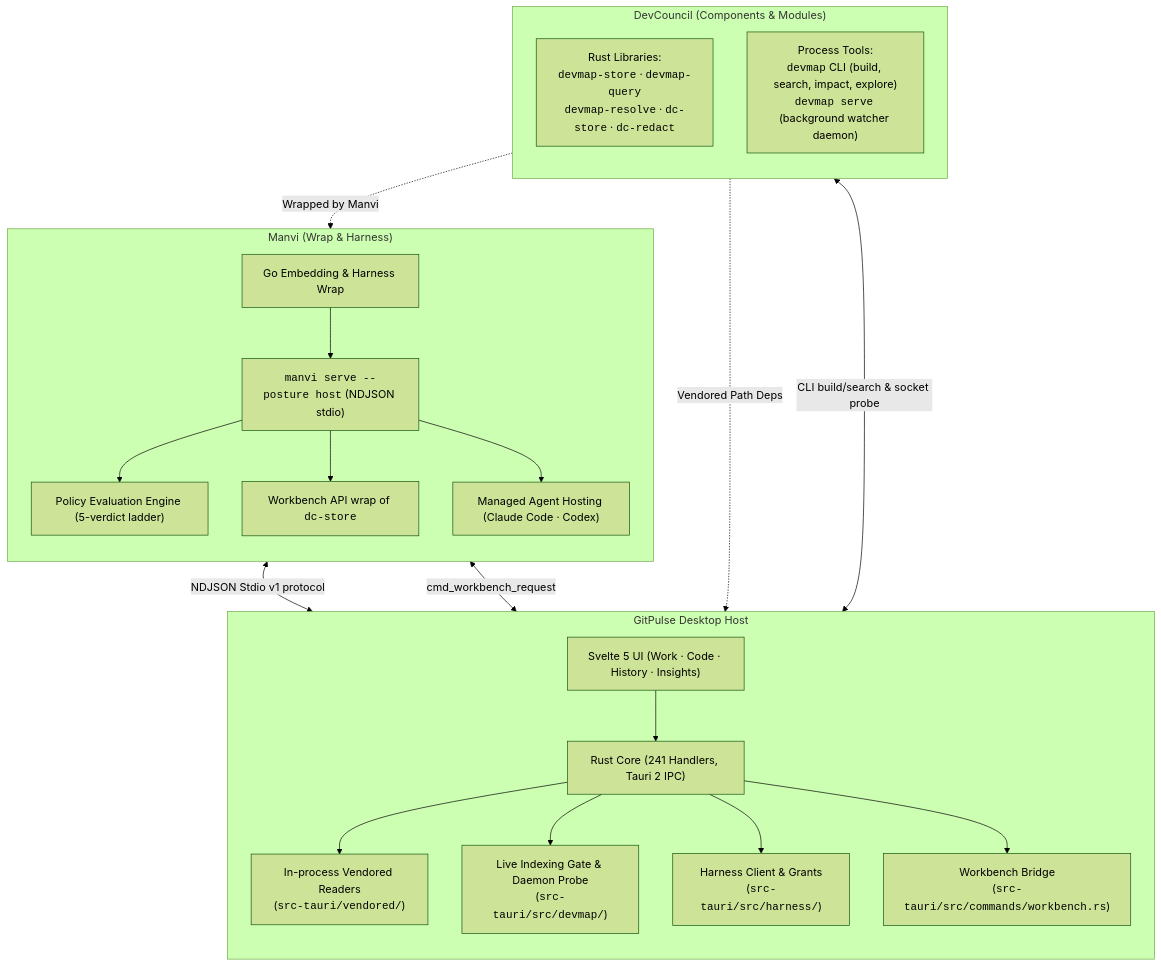
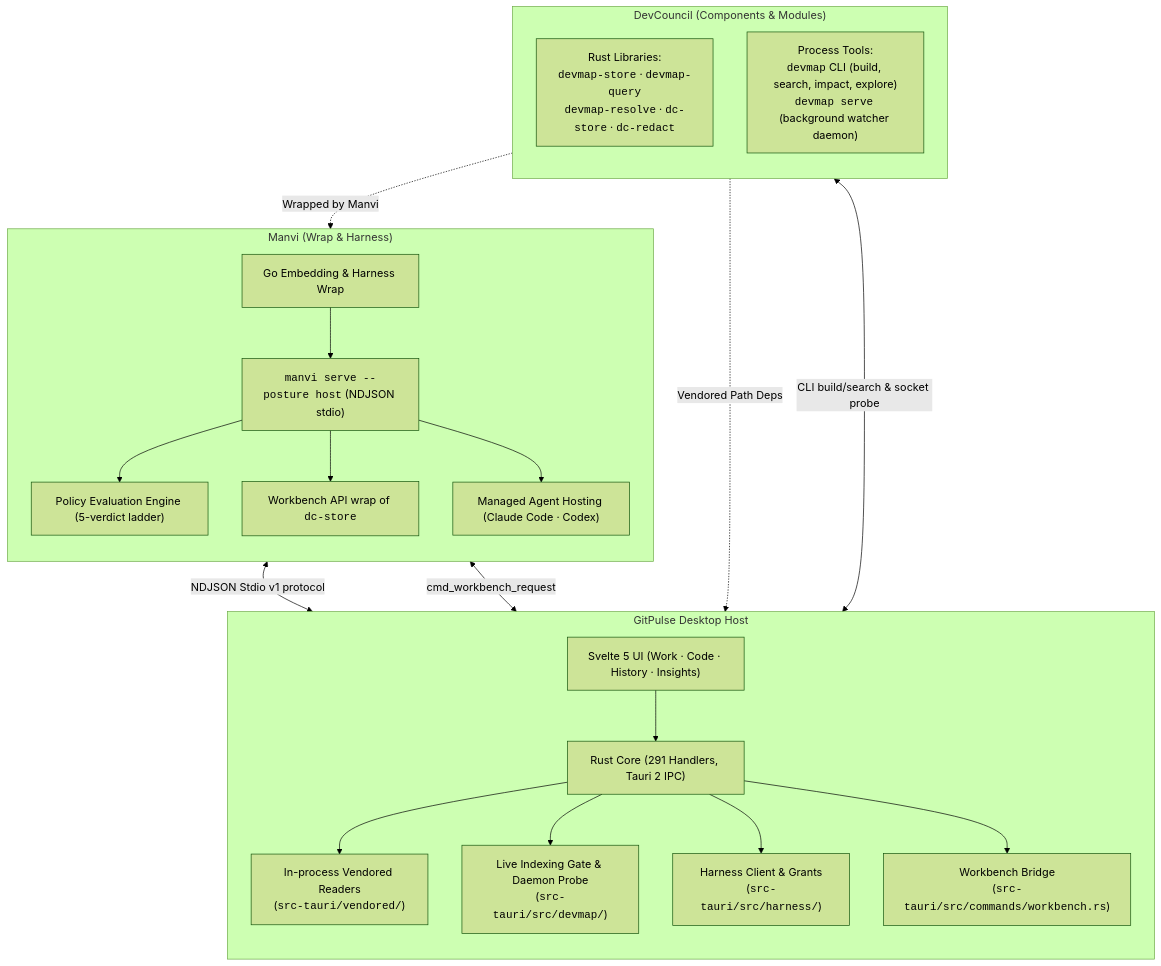
The first of 3 diagrams in docs/MODULE_INTEGRATION.md (bharathvbcr/GitPulse), drawn with Mermaid (forest theme) before and after one commit. The commit also changed 13 other files, not shown here.

First line of the commit message:
docs: the MCP server writes the task board; counts, schemas and binaries re-read

````diff
--- a/docs/MODULE_INTEGRATION.md
+++ b/docs/MODULE_INTEGRATION.md
@@ -32,43 +32,43 @@
 ```mermaid
 flowchart TD
     subgraph DevCouncil["DevCouncil (Components & Modules)"]
         direction TB
         DCLibs["Rust Libraries:<br/><code>devmap-store</code> · <code>devmap-query</code><br/><code>devmap-resolve</code> · <code>dc-store</code> · <code>dc-redact</code>"]
         DCCLI["Process Tools:<br/><code>devmap</code> CLI (build, search, impact, explore)<br/><code>devmap serve</code> (background watcher daemon)"]
     end
 
     subgraph Manvi["Manvi (Wrap & Harness)"]
         direction TB
         ManviWrap["Go Embedding & Harness Wrap"]
         ManviSidecar["<code>manvi serve --posture host</code> (NDJSON stdio)"]
         ManviPolicy["Policy Evaluation Engine (5-verdict ladder)"]
         ManviWorkbench["Workbench API wrap of <code>dc-store</code>"]
         ManviAgents["Managed Agent Hosting (Claude Code · Codex)"]
         ManviWrap --> ManviSidecar
         ManviSidecar --> ManviPolicy
         ManviSidecar --> ManviWorkbench
         ManviSidecar --> ManviAgents
     end
 
     subgraph GitPulseHost["GitPulse Desktop Host"]
         direction TB
         UIHost["Svelte 5 UI (Work · Code · History · Insights)"]
-        RustIPC["Rust Core (241 Handlers, Tauri 2 IPC)"]
+        RustIPC["Rust Core (291 Handlers, Tauri 2 IPC)"]
         InProcessReaders["In-process Vendored Readers<br/>(<code>src-tauri/vendored/</code>)"]
         CLIGate["Live Indexing Gate & Daemon Probe<br/>(<code>src-tauri/src/devmap/</code>)"]
         HarnessClient["Harness Client & Grants<br/>(<code>src-tauri/src/harness/</code>)"]
         WorkbenchCmd["Workbench Bridge<br/>(<code>src-tauri/src/commands/workbench.rs</code>)"]
 
         UIHost --> RustIPC
         RustIPC --> InProcessReaders
         RustIPC --> CLIGate
         RustIPC --> HarnessClient
         RustIPC --> WorkbenchCmd
     end
 
     DCLibs -.->|Vendored Path Deps| InProcessReaders
     DCCLI <-->|CLI build/search & socket probe| CLIGate
     DCLibs -.->|Wrapped by Manvi| ManviWorkbench
     ManviSidecar <-->|NDJSON Stdio v1 protocol| HarnessClient
     ManviSidecar <-->|cmd_workbench_request| WorkbenchCmd
 ```
````
